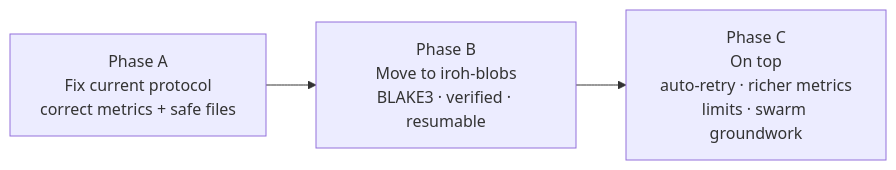
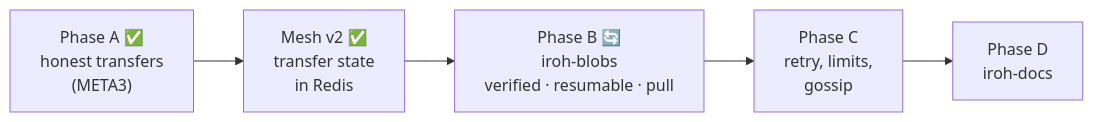
One commit to shobhit157/Aperture changed the first of 2 diagrams in docs/future-plans/File-transfer-improvement-plan.md. Above: the diagram before and after it, drawn with Mermaid. The commit also changed other lines of this file, not shown here.

First line of the commit message:
Revised File Transfer Improvement Plan status and details

````diff
--- a/docs/future-plans/File-transfer-improvement-plan.md
+++ b/docs/future-plans/File-transfer-improvement-plan.md
@@ -11,5 +11,4 @@
 ```mermaid
 flowchart LR
-    A["Phase A<br/>Fix current protocol<br/>correct metrics + safe files"] --> B["Phase B<br/>Move to iroh-blobs<br/>BLAKE3 · verified · resumable"]
-    B --> C["Phase C<br/>On top<br/>auto-retry · richer metrics<br/>limits · swarm groundwork"]
+  A["Phase A ✅<br/>honest transfers<br/>(META3)"] --> M["Mesh v2 ✅<br/>transfer state<br/>in Redis"] --> B["Phase B 🔄<br/>iroh-blobs<br/>verified · resumable · pull"] --> C["Phase C<br/>retry, limits,<br/>gossip"] --> D["Phase D<br/>iroh-docs"]
 ```
````
